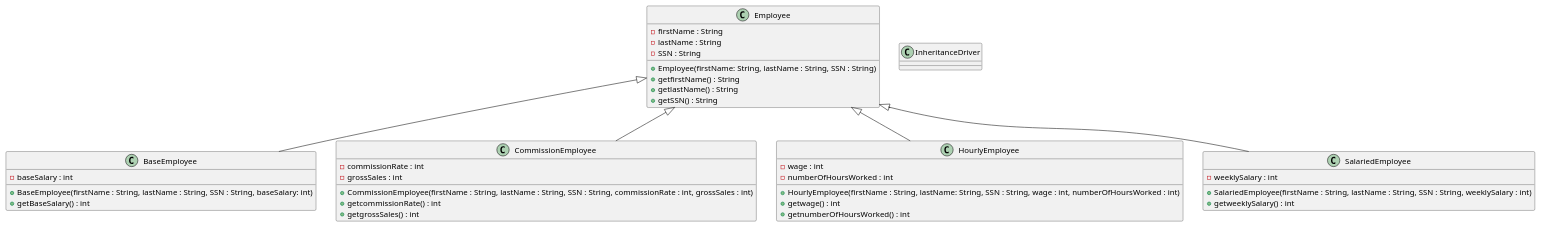
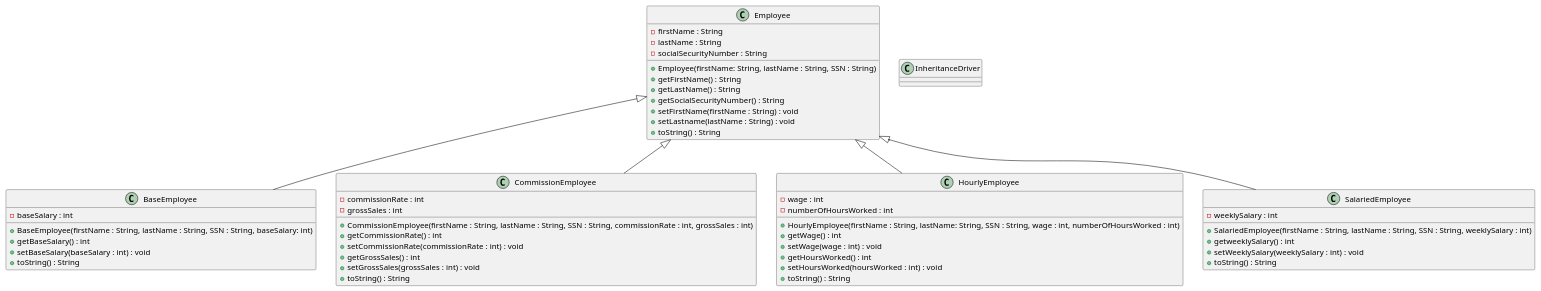
Before and after one commit to kellstsai/CS5800: the diagram in Homework 3/ClassHomeworkOneInheritrance.puml, drawn with PlantUML. The commit also changed 3 other files, not shown here.

```diff
--- a/Homework 3/ClassHomeworkOneInheritrance.puml
+++ b/Homework 3/ClassHomeworkOneInheritrance.puml
@@ -1,54 +1,68 @@
 @startuml classDiagramInheritance
 
 class BaseEmployee {
     - baseSalary : int 
 
     + BaseEmployee(firstName : String, lastName : String, SSN : String, baseSalary: int)
     + getBaseSalary() : int  
+    + setBaseSalary(baseSalary : int) : void
+    + toString() : String
 }
 
 class CommissionEmployee {
     - commissionRate : int
     - grossSales : int
 
     + CommissionEmployee(firstName : String, lastName : String, SSN : String, commissionRate : int, grossSales : int)
-    + getcommissionRate() : int
-    + getgrossSales() : int
+    + getCommissionRate() : int
+    + setCommissionRate(commissionRate : int) : void
+    + getGrossSales() : int
+    + setGrossSales(grossSales : int) : void
+    + toString() : String 
 }
 
 class Employee {
     - firstName : String
     - lastName : String
-    - SSN : String
+    - socialSecurityNumber : String
 
     + Employee(firstName: String, lastName : String, SSN : String)
-    + getfirstName() : String
-    + getlastName() : String
-    + getSSN() : String
+    + getFirstName() : String
+    + getLastName() : String
+    + getSocialSecurityNumber() : String
+    + setFirstName(firstName : String) : void
+    + setLastname(lastName : String) : void 
+    + toString() : String
+
 }
 
 class HourlyEmployee {
     - wage : int
     - numberOfHoursWorked : int
 
     + HourlyEmployee(firstName : String, lastName: String, SSN : String, wage : int, numberOfHoursWorked : int)
-    + getwage() : int
-    + getnumberOfHoursWorked() : int 
+    + getWage() : int
+    + setWage(wage : int) : void
+    + getHoursWorked() : int 
+    + setHoursWorked(hoursWorked : int) : void
+    + toString() : String
 }
 
 class SalariedEmployee {
     - weeklySalary : int
 
     + SalariedEmployee(firstName : String, lastName : String, SSN : String, weeklySalary : int)
     + getweeklySalary() : int 
+    + setWeeklySalary(weeklySalary : int) : void
+    + toString() : String
     }
 
 class InheritanceDriver {
     
 }
 
 Employee <|-- CommissionEmployee
 Employee <|-- BaseEmployee
 Employee <|-- HourlyEmployee
 Employee <|-- SalariedEmployee
 @enduml 
```
